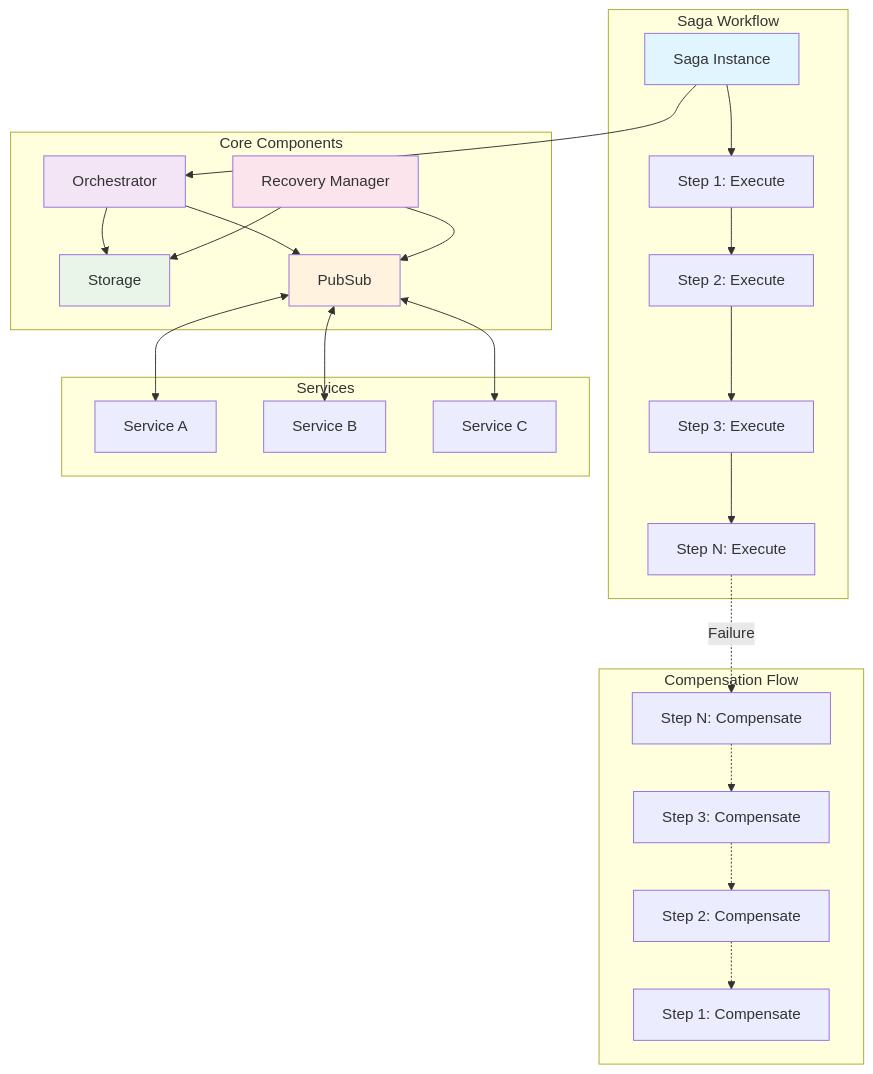
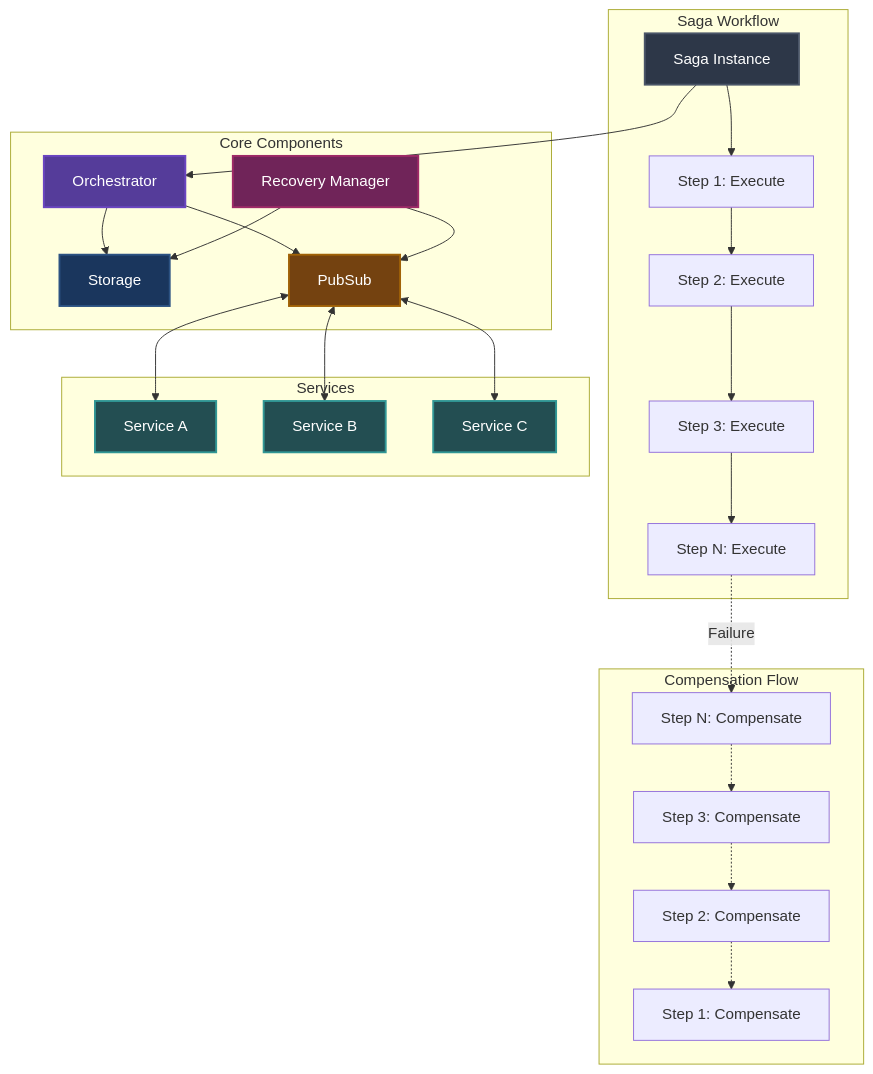
Before and after one commit to andrewnguyen41/saga-go: the diagram in README.md, drawn with Mermaid.

Commit message:
update diagram colors

````diff
--- a/README.md
+++ b/README.md
@@ -63,46 +63,49 @@
 ```mermaid
 graph TB
     subgraph "Saga Workflow"
         S[Saga Instance] --> S1[Step 1: Execute]
         S1 --> S2[Step 2: Execute]
         S2 --> S3[Step 3: Execute]
         S3 --> S4[Step N: Execute]
     end
     
     subgraph "Compensation Flow"
         S4 -.->|Failure| C4[Step N: Compensate]
         C4 -.-> C3[Step 3: Compensate]
         C3 -.-> C2[Step 2: Compensate]
         C2 -.-> C1[Step 1: Compensate]
     end
     
     subgraph "Core Components"
         O[Orchestrator] 
         ST[Storage]
         PS[PubSub]
         RM[Recovery Manager]
     end
     
     subgraph "Services"
         SV1[Service A]
         SV2[Service B]
         SV3[Service C]
     end
     
     O --> ST
     O --> PS
     RM --> ST
     RM --> PS
     
     PS <--> SV1
     PS <--> SV2
     PS <--> SV3
     
     S --> O
     
-    style S fill:#e1f5fe
-    style O fill:#f3e5f5
-    style ST fill:#e8f5e8
-    style PS fill:#fff3e0
-    style RM fill:#fce4ec
+    style S fill:#2d3748,stroke:#4a5568,stroke-width:2px,color:#ffffff
+    style O fill:#553c9a,stroke:#6b46c1,stroke-width:2px,color:#ffffff
+    style ST fill:#1a365d,stroke:#2c5282,stroke-width:2px,color:#ffffff
+    style PS fill:#744210,stroke:#a16207,stroke-width:2px,color:#ffffff
+    style RM fill:#702459,stroke:#9f2b68,stroke-width:2px,color:#ffffff
+    style SV1 fill:#234e52,stroke:#319795,stroke-width:2px,color:#ffffff
+    style SV2 fill:#234e52,stroke:#319795,stroke-width:2px,color:#ffffff
+    style SV3 fill:#234e52,stroke:#319795,stroke-width:2px,color:#ffffff
 ```
````
